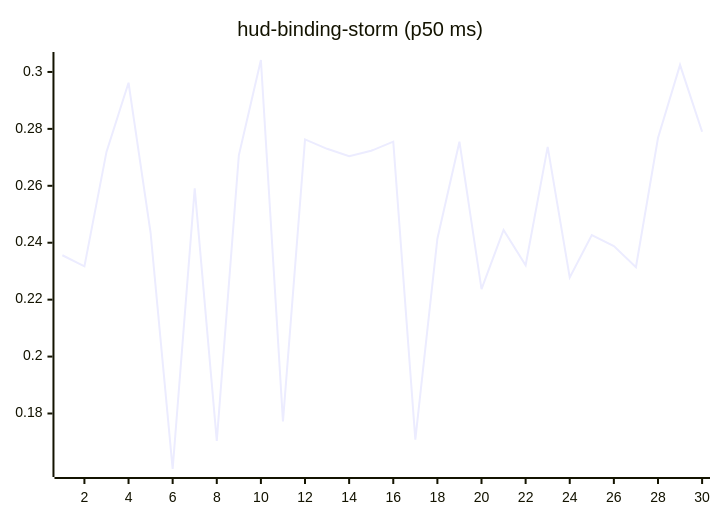
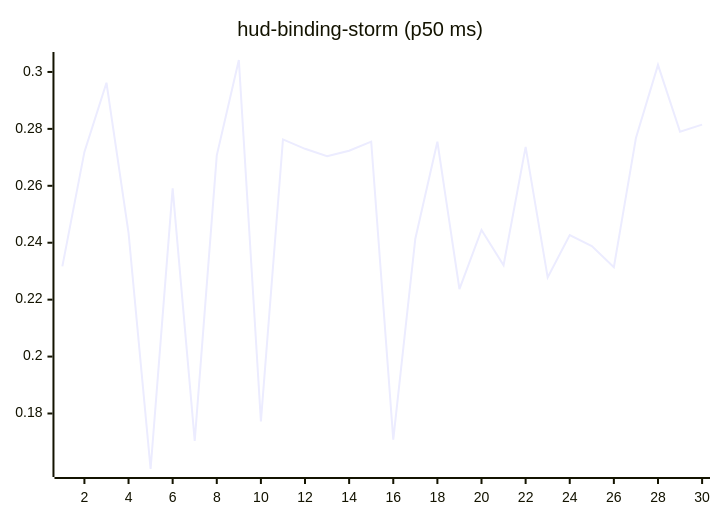
The tenth of 27 diagrams in README.md (josha/Facet), drawn with Mermaid before and after one commit. The commit also changed other lines of this file and 2 other files, not shown here.

````diff
--- a/README.md
+++ b/README.md
@@ -126,6 +126,6 @@
 ```mermaid
 xychart-beta
     title "hud-binding-storm (p50 ms)"
     x-axis 1 --> 30
-    line [0.2356, 0.2317, 0.2719, 0.2962, 0.2435, 0.1605, 0.2591, 0.1704, 0.2707, 0.3042, 0.1772, 0.2763, 0.2730, 0.2704, 0.2723, 0.2755, 0.1708, 0.2414, 0.2755, 0.2237, 0.2445, 0.2321, 0.2737, 0.2278, 0.2427, 0.2388, 0.2314, 0.2768, 0.3025, 0.2790]
+    line [0.2317, 0.2719, 0.2962, 0.2435, 0.1605, 0.2591, 0.1704, 0.2707, 0.3042, 0.1772, 0.2763, 0.2730, 0.2704, 0.2723, 0.2755, 0.1708, 0.2414, 0.2755, 0.2237, 0.2445, 0.2321, 0.2737, 0.2278, 0.2427, 0.2388, 0.2314, 0.2768, 0.3025, 0.2790, 0.2815]
 ```
````
